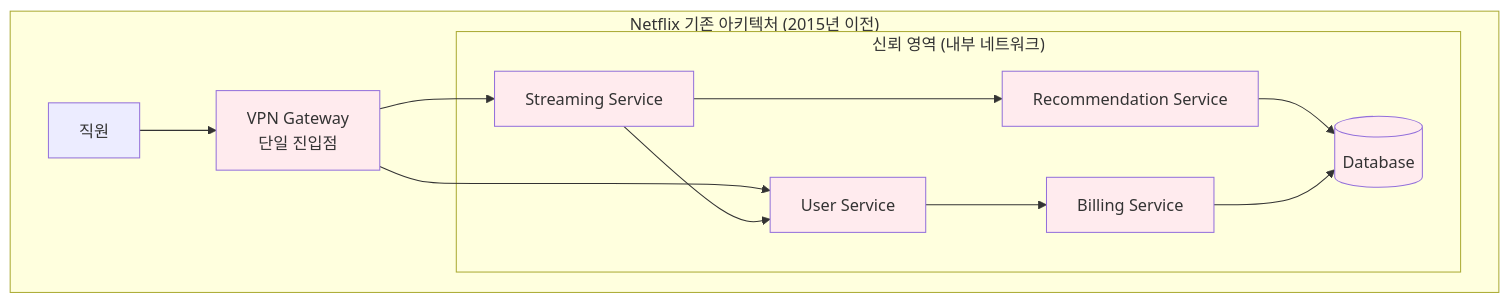
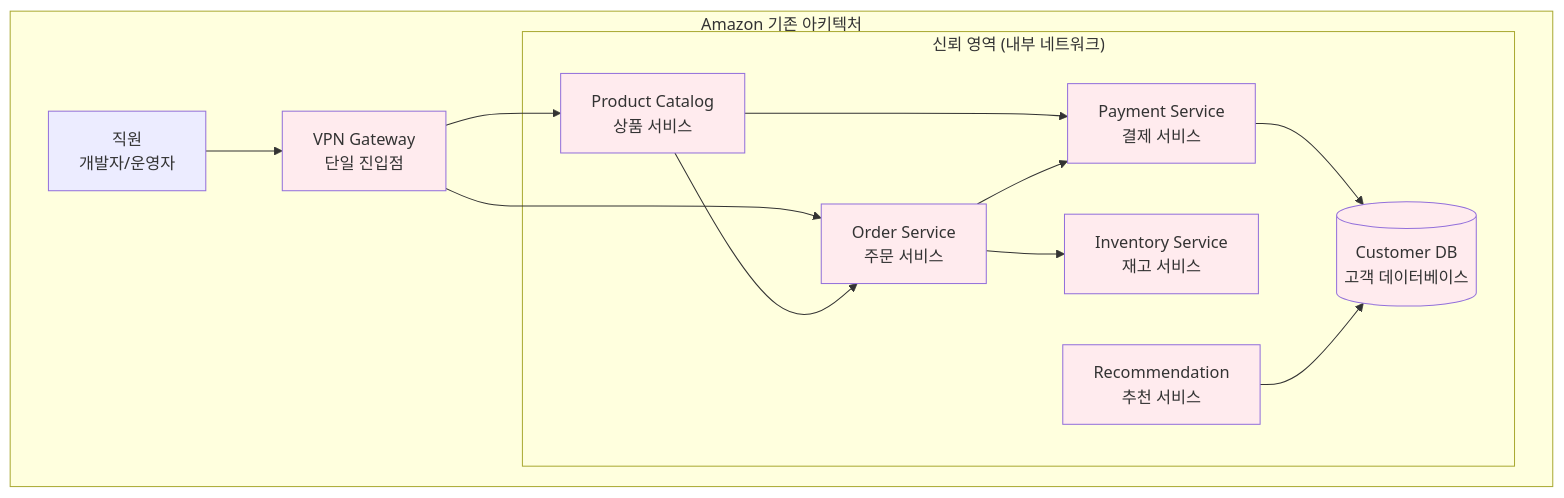
Before and after one commit to niceguy61/kdt_devops_lecture_2025: the fourth of 9 diagrams in theory/week_04/day3/session_1.md, drawn with Mermaid. The commit also changed other lines of this file, not shown here.

Commit message:
netflix to amazon.com

````diff
--- a/theory/week_04/day3/session_1.md
+++ b/theory/week_04/day3/session_1.md
@@ -224,31 +224,34 @@
 ```mermaid
 graph TB
-    subgraph "Netflix 기존 아키텍처 (2015년 이전)"
+    subgraph "Amazon 기존 아키텍처"
         VPN[VPN Gateway<br/>단일 진입점]
         
         subgraph "신뢰 영역 (내부 네트워크)"
-            MS1[Streaming Service]
-            MS2[User Service]
-            MS3[Recommendation Service]
-            MS4[Billing Service]
-            DB[(Database)]
+            MS1[Product Catalog<br/>상품 서비스]
+            MS2[Order Service<br/>주문 서비스]
+            MS3[Payment Service<br/>결제 서비스]
+            MS4[Inventory Service<br/>재고 서비스]
+            MS5[Recommendation<br/>추천 서비스]
+            DB[(Customer DB<br/>고객 데이터베이스)]
         end
         
-        EMP[직원] --> VPN
+        EMP[직원<br/>개발자/운영자] --> VPN
         VPN --> MS1
         VPN --> MS2
         
         MS1 --> MS2
         MS1 --> MS3
+        MS2 --> MS3
         MS2 --> MS4
         MS3 --> DB
-        MS4 --> DB
+        MS5 --> DB
     end
     
     style VPN fill:#ffebee
     style MS1 fill:#ffebee
     style MS2 fill:#ffebee
     style MS3 fill:#ffebee
     style MS4 fill:#ffebee
+    style MS5 fill:#ffebee
     style DB fill:#ffebee
 ```
````
